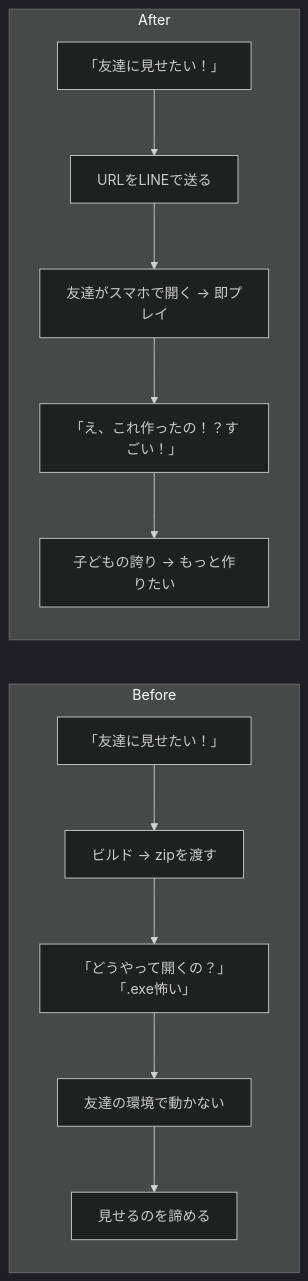
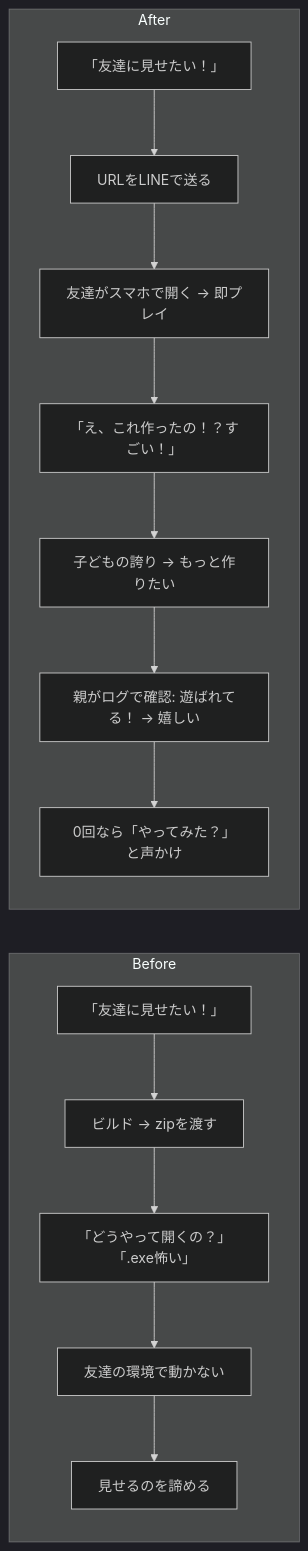
One commit to tatsuro-ueda/code-quest-pyxel changed diagram 21 of 42 in docs/gherkins/customer-journeys.md. Above: the diagram before and after it, drawn with Mermaid (dark theme). The commit also changed other lines of this file and 12 other files, not shown here.

````diff
--- a/docs/gherkins/customer-journeys.md
+++ b/docs/gherkins/customer-journeys.md
@@ -417,15 +417,17 @@
 ```mermaid
 flowchart LR
     subgraph Before["Before"]
         B1[「友達に見せたい！」] --> B2[ビルド → zipを渡す]
         B2 --> B3[「どうやって開くの？」「.exe怖い」]
         B3 --> B4[友達の環境で動かない]
         B4 --> B5[見せるのを諦める]
     end
     subgraph After["After"]
         A1[「友達に見せたい！」] --> A2[URLをLINEで送る]
         A2 --> A3[友達がスマホで開く → 即プレイ]
         A3 --> A4[「え、これ作ったの！？すごい！」]
         A4 --> A5[子どもの誇り → もっと作りたい]
+        A5 --> A6[親がログで確認: 遊ばれてる！ → 嬉しい]
+        A6 --> A7[0回なら「やってみた？」と声かけ]
     end
 ```
````
